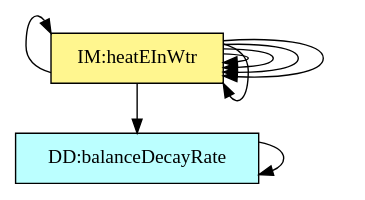
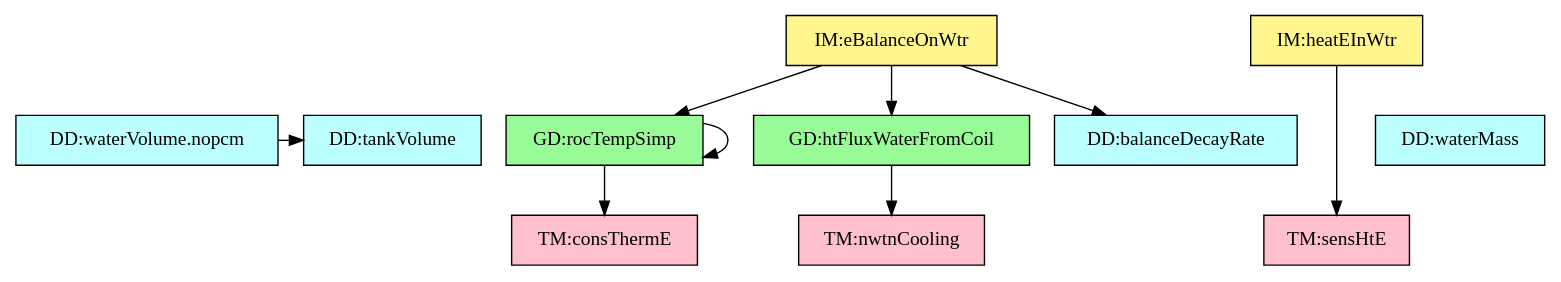
The diagram in code/stable/swhsnopcm/TraceyGraph/refvsref.dot (JacquesCarette/Drasil), drawn with Graphviz before and after one commit. The commit also changed 55 other files, not shown here.

First line of the commit message:
Re-write traceability graph generator using `Doc`s.

```diff
--- a/code/stable/swhsnopcm/TraceyGraph/refvsref.dot
+++ b/code/stable/swhsnopcm/TraceyGraph/refvsref.dot
@@ -1,47 +1,37 @@
-digraph refvsref {
-	dataDefn:wVol -> dataDefn:tankVol;
-	theory:rocTempSimpRC -> theory:consThermECS;
-	theory:rocTempSimpRC -> theory:rocTempSimpRC;
-	theory:htFluxC -> theory:nwtnCoolingTM;
-	theory:eBalanceOnWtrRC -> dataDefn:tauW;
-	theory:eBalanceOnWtrRC -> theory:rocTempSimpRC;
-	theory:eBalanceOnWtrRC -> theory:htFluxC;
-	theory:heatEInWtrIM -> theory:sensHeat;
-
-
-	dataDefn:wMass	[shape=box, color=black, style=filled, fillcolor=paleturquoise1, label="DD:waterMass"];
-	dataDefn:wVol	[shape=box, color=black, style=filled, fillcolor=paleturquoise1, label="DD:waterVolume.nopcm"];
-	dataDefn:tankVol	[shape=box, color=black, style=filled, fillcolor=paleturquoise1, label="DD:tankVolume"];
-	dataDefn:tauW	[shape=box, color=black, style=filled, fillcolor=paleturquoise1, label="DD:balanceDecayRate"];
-
-	subgraph DD {
-	rank="same"
-	{dataDefn:wMass, dataDefn:wVol, dataDefn:tankVol, dataDefn:tauW}
-	}
-
-	theory:consThermECS	[shape=box, color=black, style=filled, fillcolor=pink, label="TM:consThermE"];
-	theory:sensHeat	[shape=box, color=black, style=filled, fillcolor=pink, label="TM:sensHtE"];
-	theory:nwtnCoolingTM	[shape=box, color=black, style=filled, fillcolor=pink, label="TM:nwtnCooling"];
-
-	subgraph TM {
-	rank="same"
-	{theory:consThermECS, theory:sensHeat, theory:nwtnCoolingTM}
-	}
-
-	theory:rocTempSimpRC	[shape=box, color=black, style=filled, fillcolor=palegreen, label="GD:rocTempSimp"];
-	theory:htFluxC	[shape=box, color=black, style=filled, fillcolor=palegreen, label="GD:htFluxWaterFromCoil"];
-
-	subgraph GD {
-	rank="same"
-	{theory:rocTempSimpRC, theory:htFluxC}
-	}
-
-	theory:eBalanceOnWtrRC	[shape=box, color=black, style=filled, fillcolor=khaki1, label="IM:eBalanceOnWtr"];
-	theory:heatEInWtrIM	[shape=box, color=black, style=filled, fillcolor=khaki1, label="IM:heatEInWtr"];
-
-	subgraph IM {
-	rank="same"
-	{theory:eBalanceOnWtrRC, theory:heatEInWtrIM}
-	}
-
+digraph "refvsref" {
+    "dataDefn:wVol" -> "dataDefn:tankVol";
+    "theory:rocTempSimpRC" -> "theory:consThermECS";
+    "theory:rocTempSimpRC" -> "theory:rocTempSimpRC";
+    "theory:htFluxC" -> "theory:nwtnCoolingTM";
+    "theory:eBalanceOnWtrRC" -> "dataDefn:tauW";
+    "theory:eBalanceOnWtrRC" -> "theory:rocTempSimpRC";
+    "theory:eBalanceOnWtrRC" -> "theory:htFluxC";
+    "theory:heatEInWtrIM" -> "theory:sensHeat";
+    "dataDefn:wMass" [shape=box, color=black, style=filled, fillcolor="paleturquoise1", label="DD:waterMass"];
+    "dataDefn:wVol" [shape=box, color=black, style=filled, fillcolor="paleturquoise1", label="DD:waterVolume.nopcm"];
+    "dataDefn:tankVol" [shape=box, color=black, style=filled, fillcolor="paleturquoise1", label="DD:tankVolume"];
+    "dataDefn:tauW" [shape=box, color=black, style=filled, fillcolor="paleturquoise1", label="DD:balanceDecayRate"];
+    subgraph "DD" {
+        rank="same";
+        "dataDefn:wMass" "dataDefn:wVol" "dataDefn:tankVol" "dataDefn:tauW";
+    }
+    "theory:consThermECS" [shape=box, color=black, style=filled, fillcolor="pink", label="TM:consThermE"];
+    "theory:sensHeat" [shape=box, color=black, style=filled, fillcolor="pink", label="TM:sensHtE"];
+    "theory:nwtnCoolingTM" [shape=box, color=black, style=filled, fillcolor="pink", label="TM:nwtnCooling"];
+    subgraph "TM" {
+        rank="same";
+        "theory:consThermECS" "theory:sensHeat" "theory:nwtnCoolingTM";
+    }
+    "theory:rocTempSimpRC" [shape=box, color=black, style=filled, fillcolor="palegreen", label="GD:rocTempSimp"];
+    "theory:htFluxC" [shape=box, color=black, style=filled, fillcolor="palegreen", label="GD:htFluxWaterFromCoil"];
+    subgraph "GD" {
+        rank="same";
+        "theory:rocTempSimpRC" "theory:htFluxC";
+    }
+    "theory:eBalanceOnWtrRC" [shape=box, color=black, style=filled, fillcolor="khaki1", label="IM:eBalanceOnWtr"];
+    "theory:heatEInWtrIM" [shape=box, color=black, style=filled, fillcolor="khaki1", label="IM:heatEInWtr"];
+    subgraph "IM" {
+        rank="same";
+        "theory:eBalanceOnWtrRC" "theory:heatEInWtrIM";
+    }
 }
```
